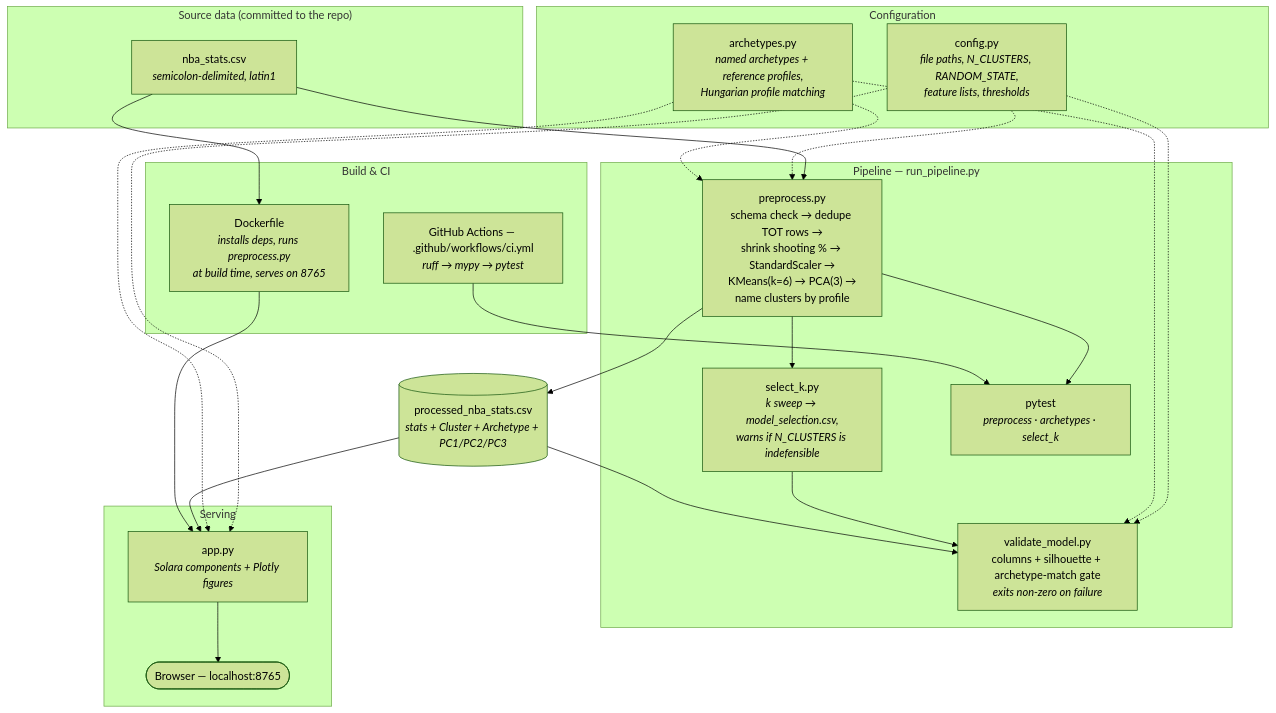
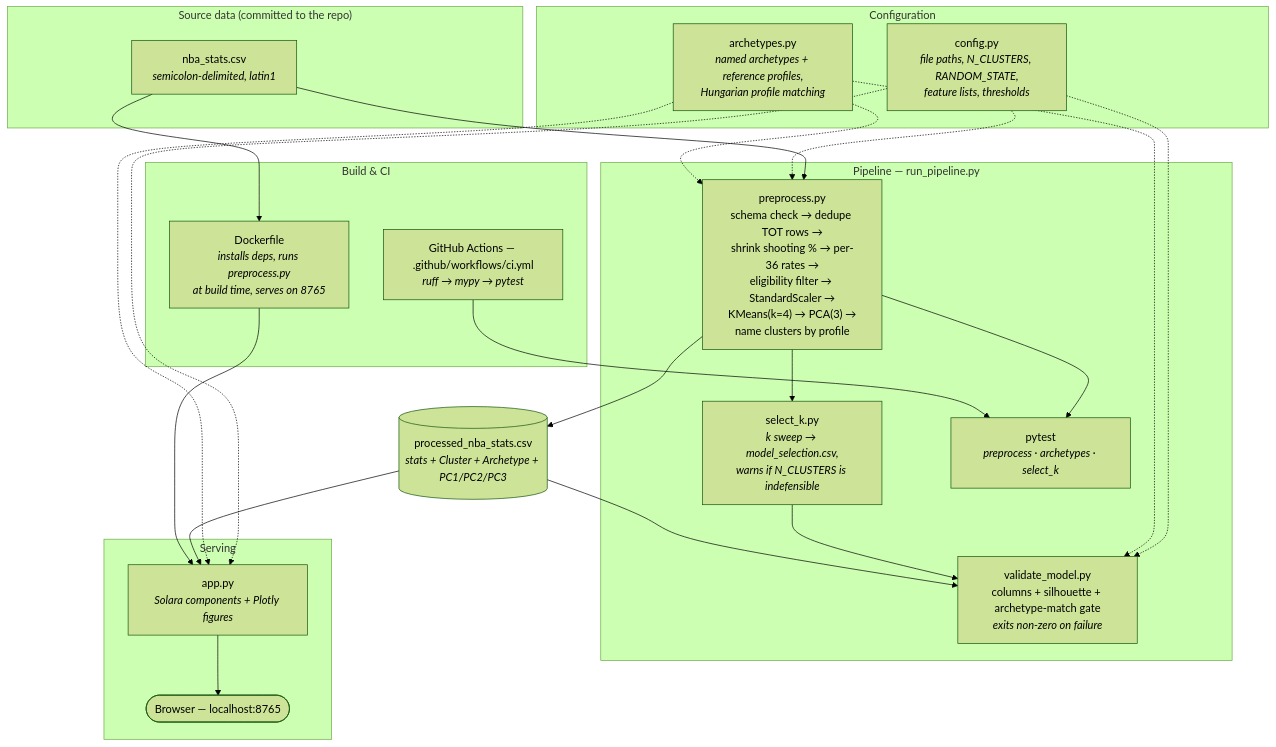
The diagram in README.md (thompgt/nba-player-clustering), drawn with Mermaid (forest theme) before and after one commit. The commit also changed other lines of this file and 13 other files, not shown here.

````diff
--- a/README.md
+++ b/README.md
@@ -29,48 +29,48 @@
 ```mermaid
 flowchart TD
     subgraph src["Source data (committed to the repo)"]
         RAW["nba_stats.csv<br/><i>semicolon-delimited, latin1</i>"]
     end
 
     subgraph cfg["Configuration"]
         CONFIG["config.py<br/><i>file paths, N_CLUSTERS, RANDOM_STATE,<br/>feature lists, thresholds</i>"]
         ARCH["archetypes.py<br/><i>named archetypes + reference profiles,<br/>Hungarian profile matching</i>"]
     end
 
     subgraph pipe["Pipeline — run_pipeline.py"]
-        PRE["preprocess.py<br/>schema check → dedupe TOT rows →<br/>shrink shooting % → StandardScaler →<br/>KMeans(k=6) → PCA(3) →<br/>name clusters by profile"]
+        PRE["preprocess.py<br/>schema check → dedupe TOT rows →<br/>shrink shooting % → per-36 rates →<br/>eligibility filter → StandardScaler →<br/>KMeans(k=4) → PCA(3) →<br/>name clusters by profile"]
         SEL["select_k.py<br/><i>k sweep → model_selection.csv,<br/>warns if N_CLUSTERS is indefensible</i>"]
         VAL["validate_model.py<br/>columns + silhouette + archetype-match gate<br/><i>exits non-zero on failure</i>"]
         TEST["pytest<br/><i>preprocess · archetypes · select_k</i>"]
     end
 
     PROC[("processed_nba_stats.csv<br/><i>stats + Cluster + Archetype + PC1/PC2/PC3</i>")]
 
     subgraph serve["Serving"]
         APP["app.py<br/><i>Solara components + Plotly figures</i>"]
         BROWSER(["Browser — localhost:8765"])
     end
 
     subgraph ops["Build & CI"]
         DOCKER["Dockerfile<br/><i>installs deps, runs preprocess.py<br/>at build time, serves on 8765</i>"]
         CI["GitHub Actions — .github/workflows/ci.yml<br/><i>ruff → mypy → pytest</i>"]
     end
 
     RAW --> PRE
     CONFIG -.-> PRE
     CONFIG -.-> VAL
     CONFIG -.-> APP
     ARCH -.-> PRE
     ARCH -.-> VAL
     ARCH -.-> APP
     PRE --> PROC
     PRE --> SEL
     SEL --> VAL
     PROC --> VAL
     PRE --> TEST
     PROC --> APP
     APP --> BROWSER
     RAW --> DOCKER
     DOCKER --> APP
     CI --> TEST
 ```
````
